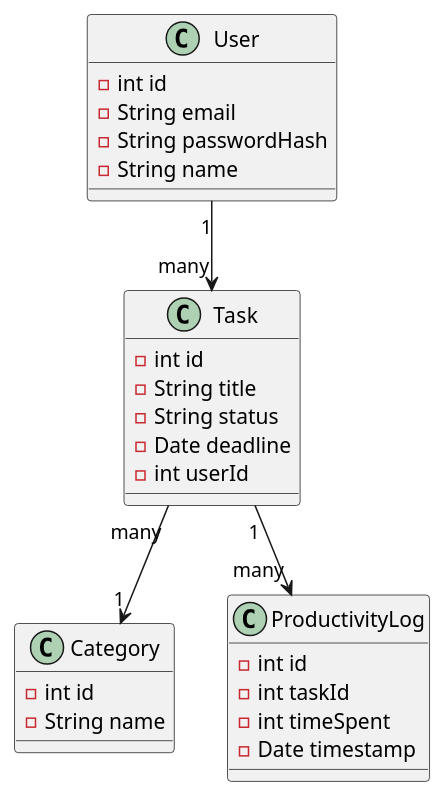
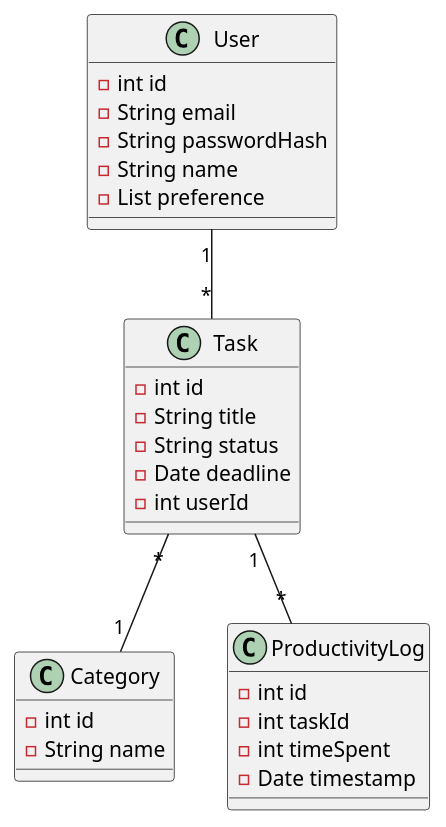
Before and after one commit to Serine230/coachIA: the diagram in src/diagram.puml, drawn with PlantUML. The commit also changed 7 other files, not shown here.

```diff
--- a/src/diagram.puml
+++ b/src/diagram.puml
@@ -1,32 +1,33 @@
 @startuml
 class User {
   - int id
   - String email
   - String passwordHash
   - String name
+  - List preference
 }
 
 class Task {
   - int id
   - String title
   - String status
   - Date deadline
   - int userId
 }
 
 class Category {
   - int id
   - String name
 }
 
 class ProductivityLog {
   - int id
   - int taskId
   - int timeSpent
   - Date timestamp
 }
 
-User "1" --> "many" Task
-Task "many" --> "1" Category
-Task "1" --> "many" ProductivityLog
+User "1" -- "*" Task
+Task "*" -- "1" Category
+Task "1" -- "*" ProductivityLog
 @enduml
```
